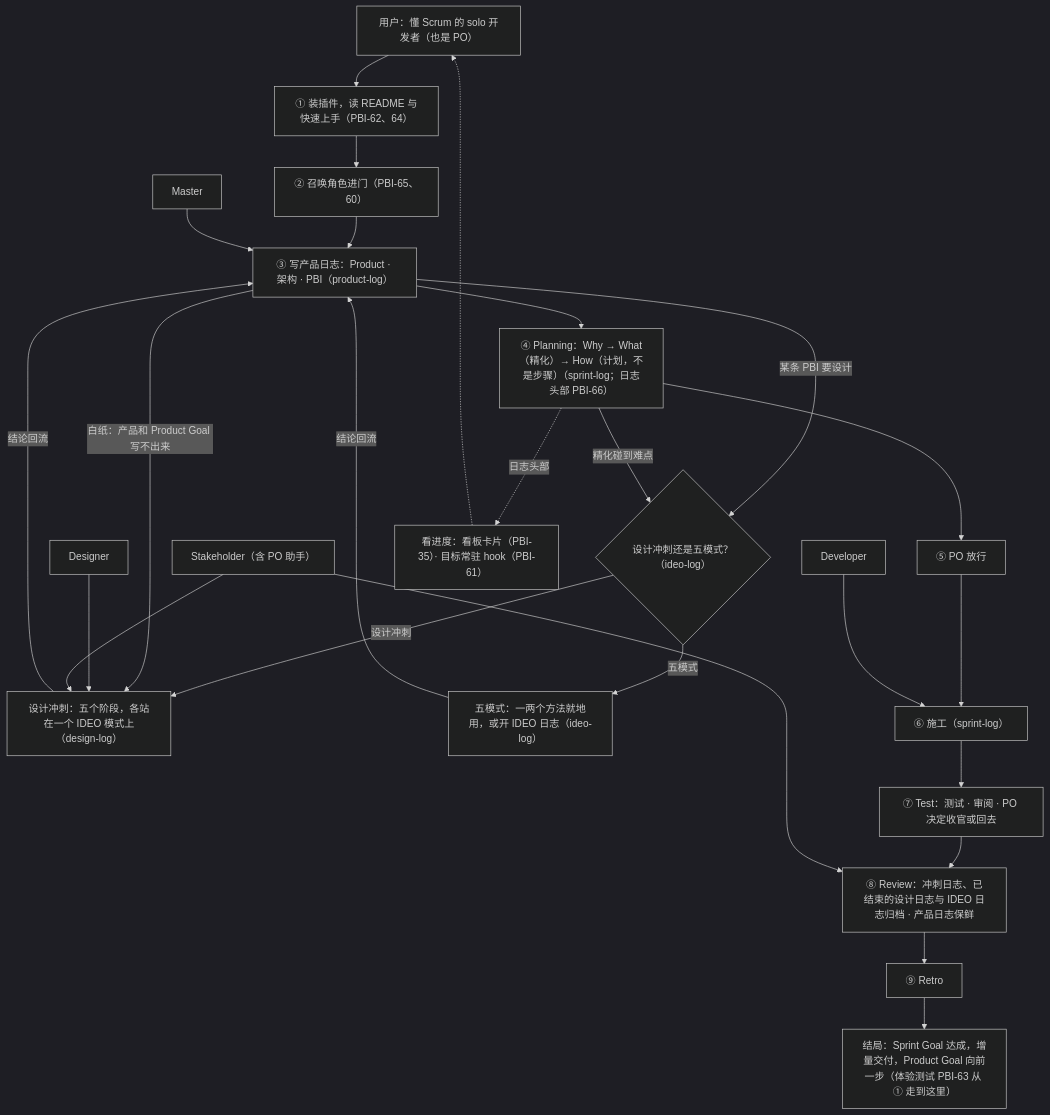
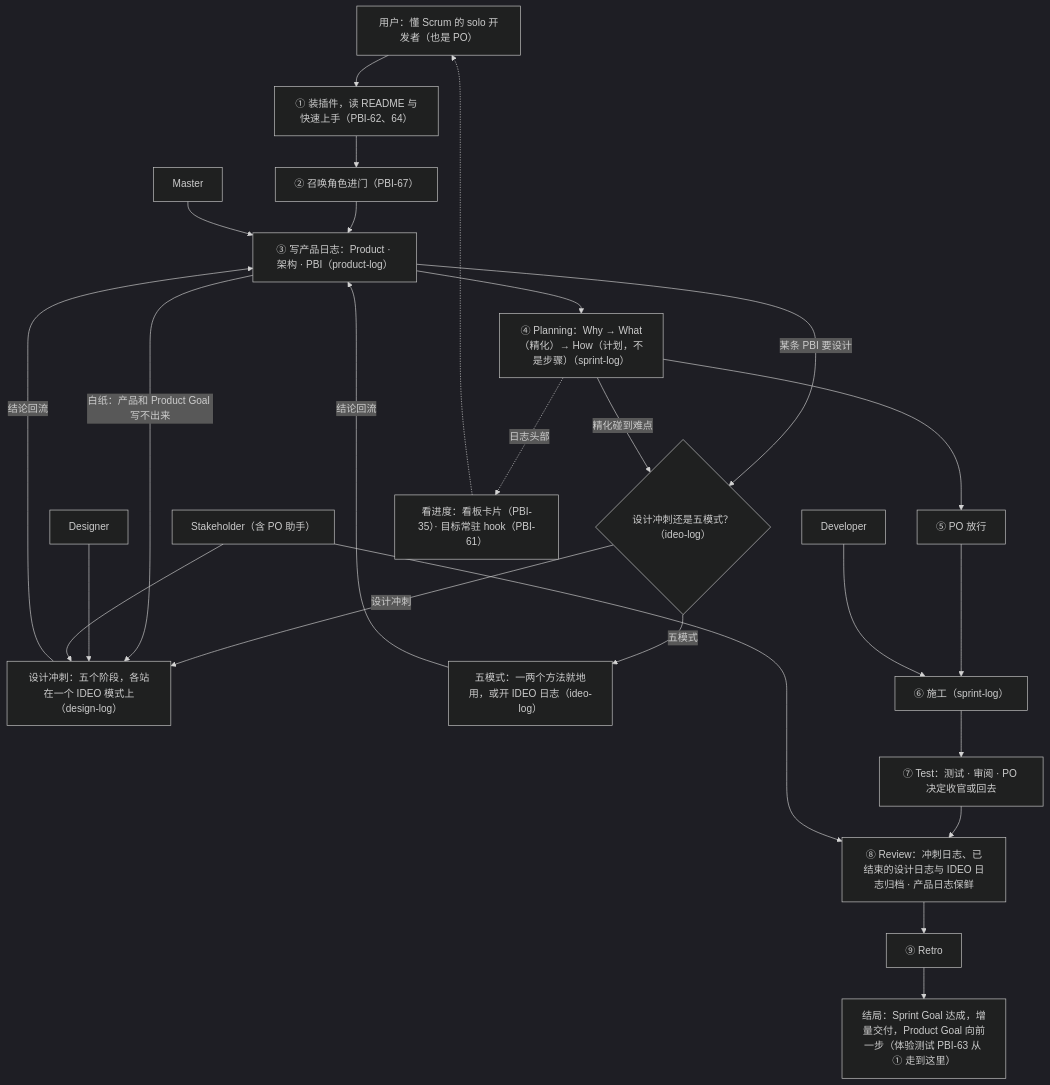
Before and after one commit to seapawn1/IDEO-Scrum: the diagram in scrum/ProductBacklog.md, drawn with Mermaid (dark theme). The commit also changed other lines of this file and 16 other files, not shown here.

Commit message:
docs(Sprint 18): 收官——Review（冲刺日志压缩归档；产品日志保鲜：66/65/60 移 3.2，PBI-35/62/67 备注、地图标签；熟手卡 Review 后 README 照实写 ideo 的已知限制）与 Retro（CLAUDE.md 当前状态、描述规约、两条线并行、放权时的 Now、审阅看分支 diff、无头测法白名单与 magpie、超时杀进程树）；版本不动

````diff
--- a/scrum/ProductBacklog.md
+++ b/scrum/ProductBacklog.md
@@ -71,32 +71,32 @@
 ```mermaid
 flowchart TD
     U["用户：懂 Scrum 的 solo 开发者（也是 PO）"]
     M["Master"]
     D["Developer"]
     G["Designer"]
     S["Stakeholder（含 PO 助手）"]
     U --> A["① 装插件，读 README 与快速上手（PBI-62、64）"]
-    A --> A2["② 召唤角色进门（PBI-65、60）"]
+    A --> A2["② 召唤角色进门（PBI-67）"]
     A2 --> B["③ 写产品日志：Product · 架构 · PBI（product-log）"]
     M --> B
-    B --> C["④ Planning：Why → What（精化）→ How（计划，不是步骤）（sprint-log；日志头部 PBI-66）"]
+    B --> C["④ Planning：Why → What（精化）→ How（计划，不是步骤）（sprint-log）"]
     B -- "某条 PBI 要设计" --> X0{"设计冲刺还是五模式？（ideo-log）"}
     X0 -- "设计冲刺" --> X["设计冲刺：五个阶段，各站在一个 IDEO 模式上（design-log）"]
     X0 -- "五模式" --> I["五模式：一两个方法就地用，或开 IDEO 日志（ideo-log）"]
     B -- "白纸：产品和 Product Goal 写不出来" --> X
     C -- "精化碰到难点" --> X0
     G --> X
     S --> X
     X -- "结论回流" --> B
     I -- "结论回流" --> B
     C --> P["⑤ PO 放行"]
     P --> W["⑥ 施工（sprint-log）"]
     D --> W
     W --> R["⑦ Test：测试 · 审阅 · PO 决定收官或回去"]
     R --> V["⑧ Review：冲刺日志、已结束的设计日志与 IDEO 日志归档 · 产品日志保鲜"]
     S --> V
     V --> T["⑨ Retro"]
     T --> E["结局：Sprint Goal 达成，增量交付，Product Goal 向前一步（体验测试 PBI-63 从 ① 走到这里）"]
     C -. "日志头部" .-> K["看进度：看板卡片（PBI-35）· 目标常驻 hook（PBI-61）"]
     K -.-> U
 ```
````
